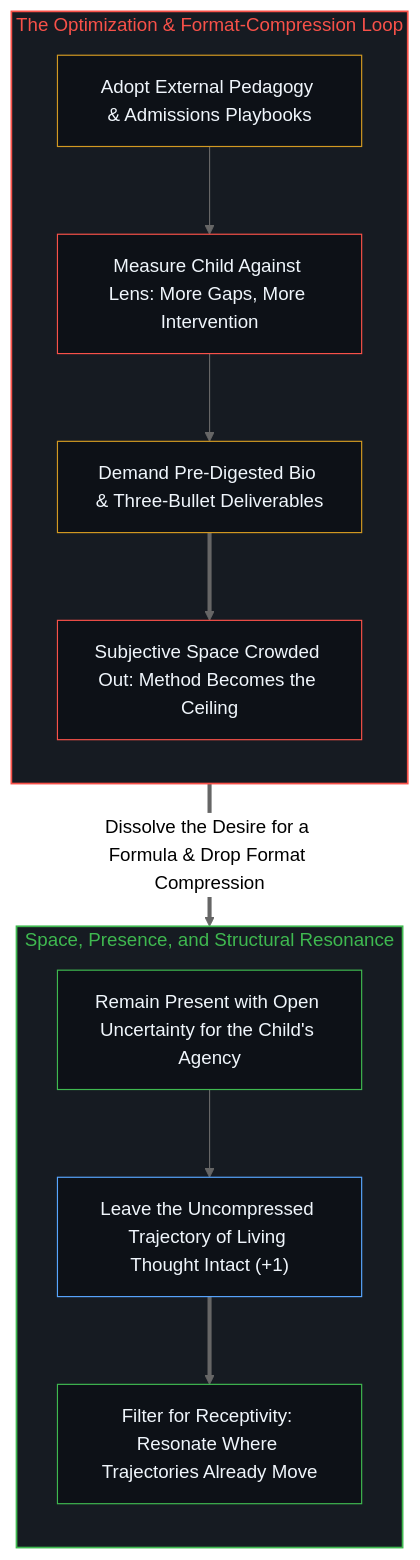
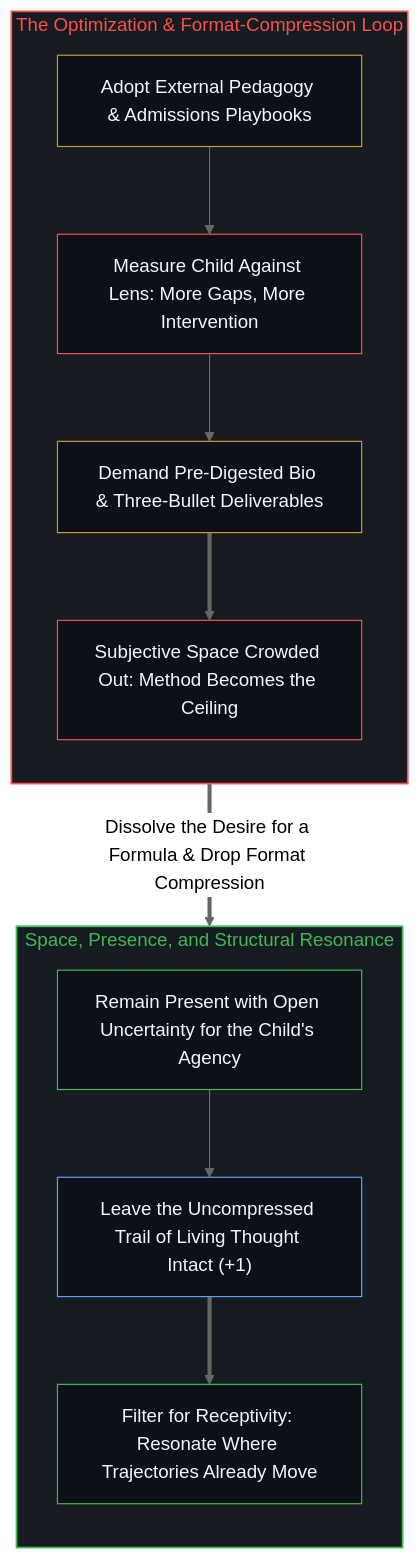
One commit to powerpig99/not-a-toe changed the second of 2 diagrams in content/posts/on-education.md. Above: the diagram before and after it, drawn with Mermaid (neutral theme). The commit also changed other lines of this file and 8 other files, not shown here.

````diff
--- a/content/posts/on-education.md
+++ b/content/posts/on-education.md
@@ -64,28 +64,28 @@
 ```mermaid
 flowchart TD
     subgraph S_Optimize["The Optimization & Format-Compression Loop"]
         direction TB
         Lens["Adopt External Pedagogy & Admissions Playbooks"]
         Deficit["Measure Child Against Lens: More Gaps, More Intervention"]
         Slot["Demand Pre-Digested Bio & Three-Bullet Deliverables"]
         Ceiling["Subjective Space Crowded Out: Method Becomes the Ceiling"]
         Lens --> Deficit --> Slot ==> Ceiling
     end
     S_Optimize ==>|"Dissolve the Desire for a Formula & Drop Format Compression"| S_Resonance
     subgraph S_Resonance["Space, Presence, and Structural Resonance"]
         direction TB
         Uncertain["Remain Present with Open Uncertainty for the Child's Agency"]
-        Uncompressed["Leave the Uncompressed Trajectory of Living Thought Intact (+1)"]
+        Uncompressed["Leave the Uncompressed Trail of Living Thought Intact (+1)"]
         Resonate["Filter for Receptivity: Resonate Where Trajectories Already Move"]
         Uncertain --> Uncompressed ==> Resonate
     end
     style S_Optimize fill:#161b22,stroke:#f85149,stroke-width:1.5px,color:#f85149
     style S_Resonance fill:#161b22,stroke:#3fb950,stroke-width:1.5px,color:#3fb950
     style Lens fill:#0d1117,stroke:#d29922,stroke-width:1px,color:#f0f6fc
     style Deficit fill:#0d1117,stroke:#f85149,stroke-width:1px,color:#f0f6fc
     style Slot fill:#0d1117,stroke:#d29922,stroke-width:1px,color:#f0f6fc
     style Ceiling fill:#0d1117,stroke:#f85149,stroke-width:1px,color:#f0f6fc
     style Uncertain fill:#0d1117,stroke:#3fb950,stroke-width:1px,color:#f0f6fc
     style Uncompressed fill:#0d1117,stroke:#58a6ff,stroke-width:1px,color:#f0f6fc
     style Resonate fill:#0d1117,stroke:#3fb950,stroke-width:1px,color:#f0f6fc
 ```
````
